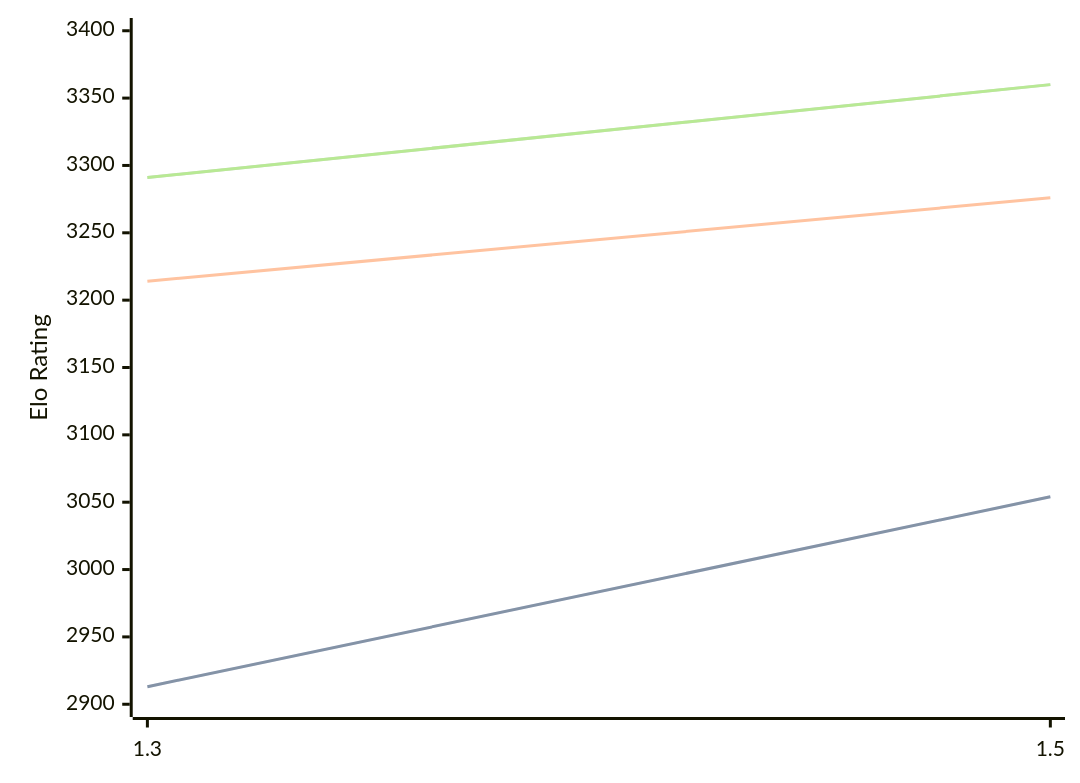
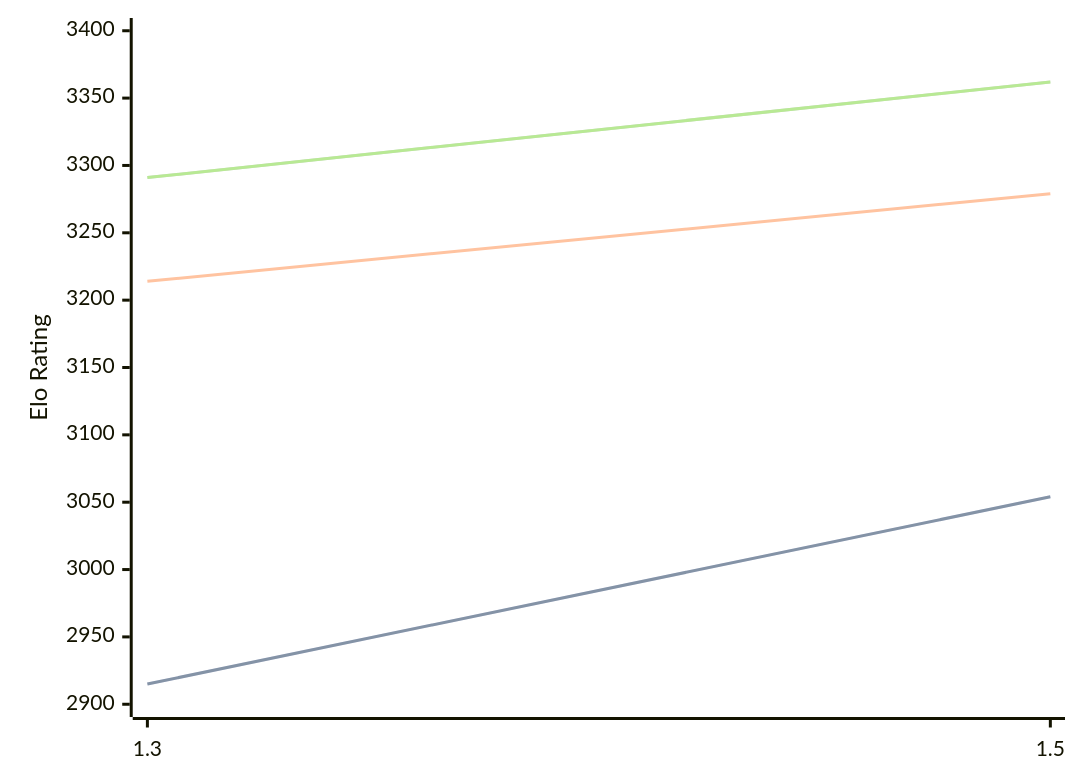
The diagram in engines/Lambergar.md (computer-chess-index/cci), drawn with Mermaid before and after one commit. The commit also changed other lines of this file, not shown here.

Commit message:
Update CCI Ratings (ELO VLTC) - 2026-09-16

````diff
--- a/engines/Lambergar.md
+++ b/engines/Lambergar.md
@@ -32,11 +32,11 @@
 ```mermaid
 %%{init: {"theme":"base","themeVariables":{"seriesColors:['#a3a3a3','#222221','#faa371']}}}%%
 xychart-beta
   x-axis ["1.3", "1.5"]
   y-axis "Elo Rating" 2900 --> 3400
-  line "" [2913, 3054]
-  line "STC (8.0+0.08s)" [2913, 3054]
-  line "LTC (60.0+0.60s)" [3214, 3276]
-  line "" [3291, 3360]
-  line "VLTC (2m24s+1.12s)" [3291, 3360]
+  line "" [2915, 3054]
+  line "STC (8.0+0.08s)" [2915, 3054]
+  line "LTC (60.0+0.60s)" [3214, 3279]
+  line "" [3291, 3362]
+  line "VLTC (2m24s+1.12s)" [3291, 3362]
 ```
````
